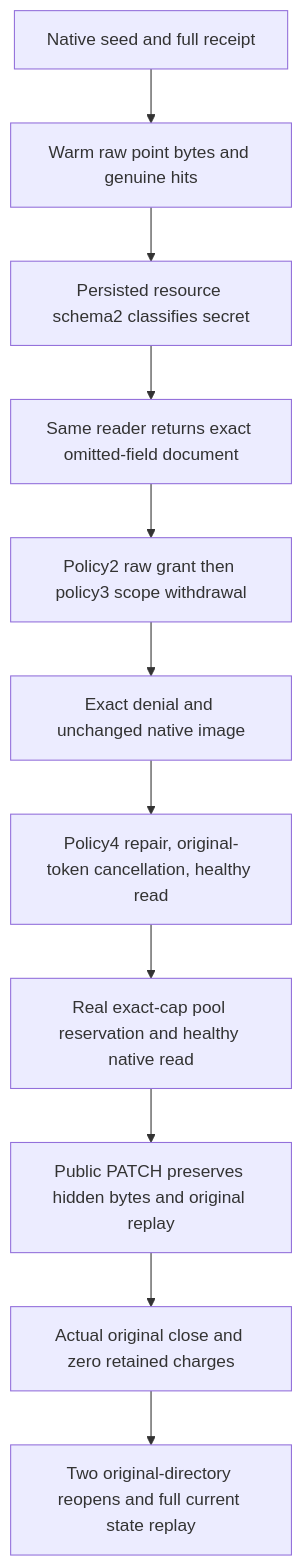
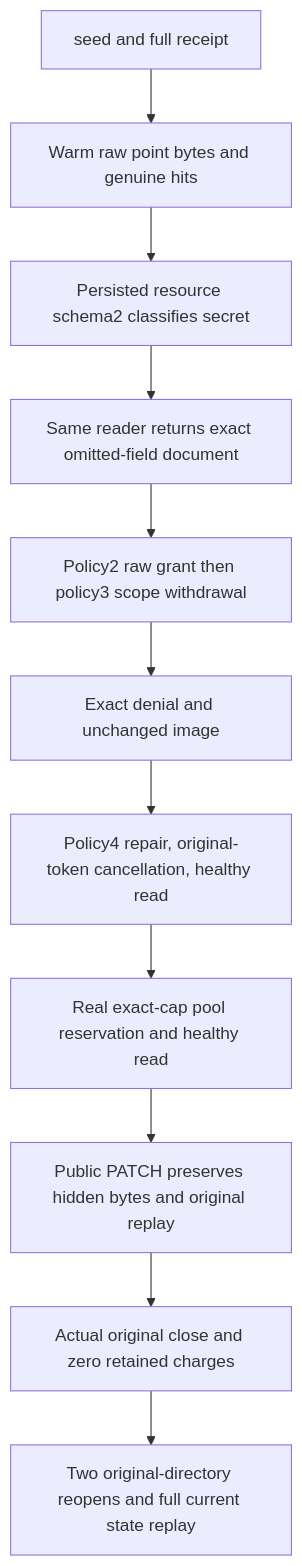
One commit to managedcode/KeyLoad changed the diagram in docs/Features/ResourceExecution/CachePolicyEpochQualification.md. Above: the diagram before and after it, drawn with Mermaid. The commit also changed other lines of this file and 9016 other files, not shown here.

````diff
--- a/docs/Features/ResourceExecution/CachePolicyEpochQualification.md
+++ b/docs/Features/ResourceExecution/CachePolicyEpochQualification.md
@@ -15,13 +15,13 @@
 ```mermaid
 flowchart TD
- A[Native seed and full receipt] --> B[Warm raw point bytes and genuine hits]
+ A[seed and full receipt] --> B[Warm raw point bytes and genuine hits]
  B --> C[Persisted resource schema2 classifies secret]
  C --> D[Same reader returns exact omitted-field document]
  D --> E[Policy2 raw grant then policy3 scope withdrawal]
- E --> F[Exact denial and unchanged native image]
+ E --> F[Exact denial and unchanged image]
  F --> G[Policy4 repair, original-token cancellation, healthy read]
- G --> H[Real exact-cap pool reservation and healthy native read]
+ G --> H[Real exact-cap pool reservation and healthy read]
  H --> I[Public PATCH preserves hidden bytes and original replay]
  I --> J[Actual original close and zero retained charges]
  J --> K[Two original-directory reopens and full current state replay]
 ```
````
